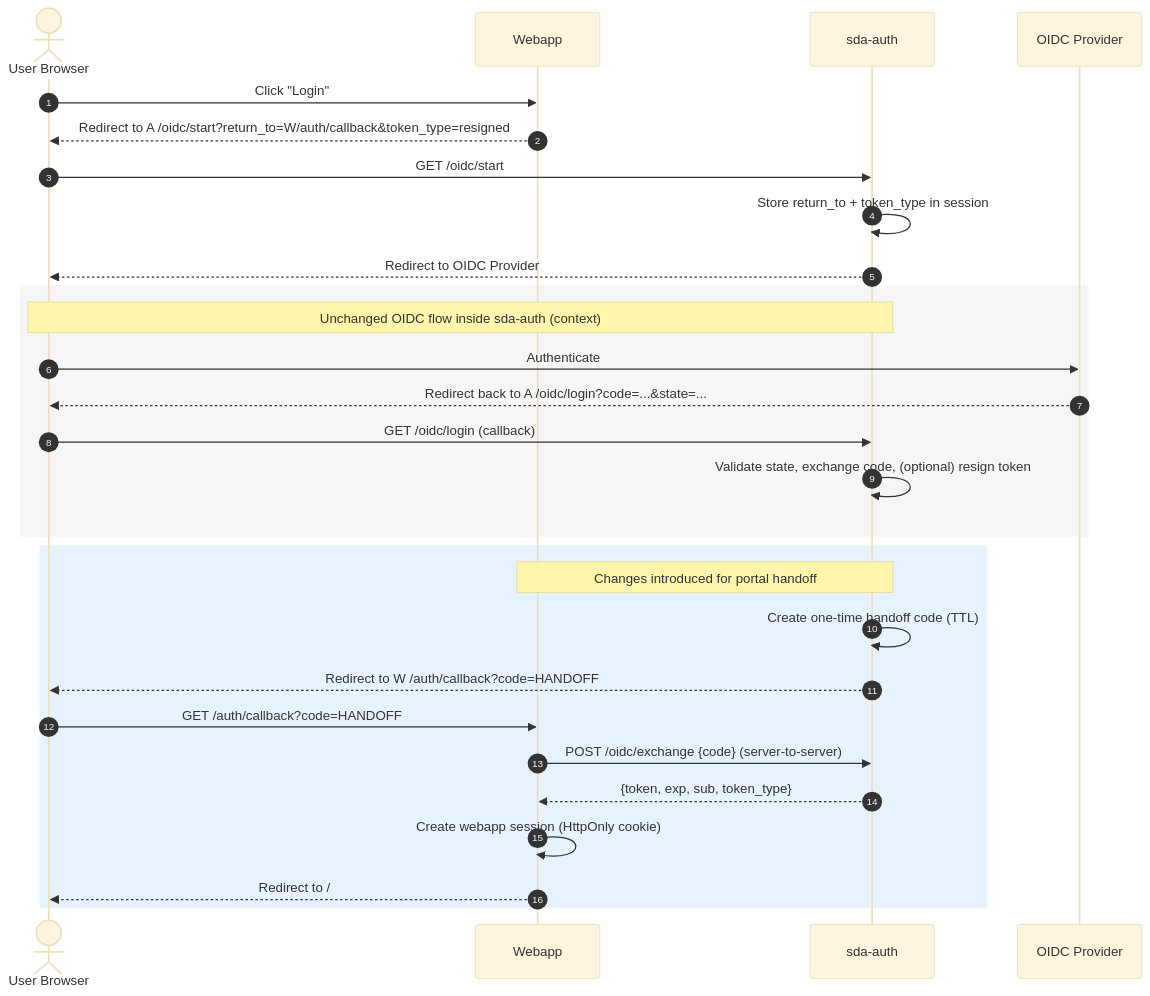
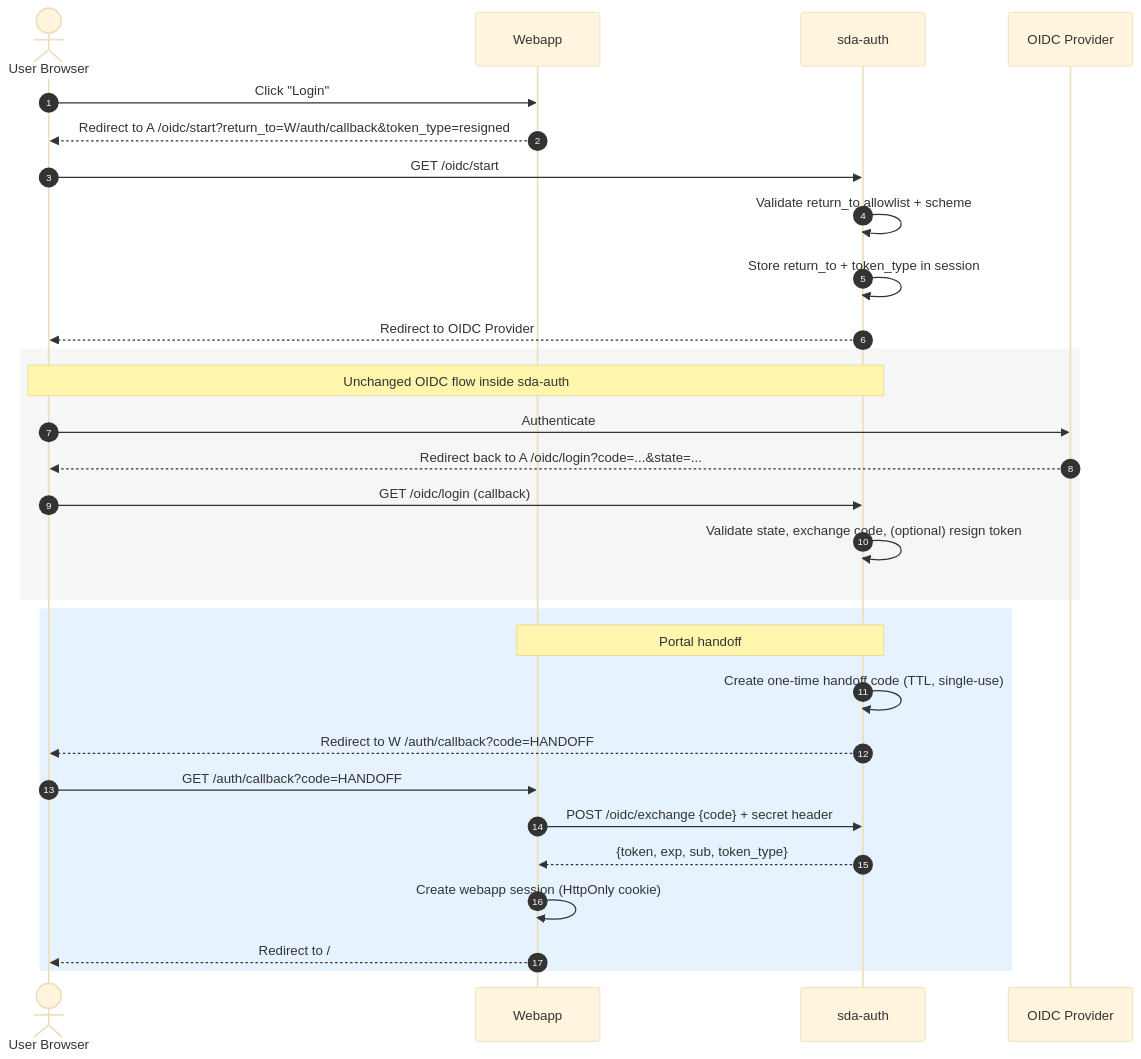
Before and after one commit to neicnordic/sensitive-data-archive: the diagram in sda/cmd/auth/auth2webapp.md, drawn with Mermaid (base theme). The commit also changed other lines of this file, not shown here.

First line of the commit message:
auth: update doc

````diff
--- a/sda/cmd/auth/auth2webapp.md
+++ b/sda/cmd/auth/auth2webapp.md
@@ -176,33 +184,34 @@
 ```mermaid
 sequenceDiagram
   autonumber
   actor U as User Browser
   participant W as Webapp
   participant A as sda-auth
   participant I as OIDC Provider
 
   U->>W: Click "Login"
   W-->>U: Redirect to A /oidc/start?return_to=W/auth/callback&token_type=resigned
   U->>A: GET /oidc/start
+  A->>A: Validate return_to allowlist + scheme
   A->>A: Store return_to + token_type in session
   A-->>U: Redirect to OIDC Provider
 
   rect rgba(180,180,180,0.12)
-    Note over U,A: Unchanged OIDC flow inside sda-auth (context)
+    Note over U,A: Unchanged OIDC flow inside sda-auth
     U->>I: Authenticate
     I-->>U: Redirect back to A /oidc/login?code=...&state=...
     U->>A: GET /oidc/login (callback)
     A->>A: Validate state, exchange code, (optional) resign token
   end
 
   rect rgba(60,150,255,0.12)
-    Note over A,W: Changes introduced for portal handoff
-    A->>A: Create one-time handoff code (TTL)
+    Note over A,W: Portal handoff
+    A->>A: Create one-time handoff code (TTL, single-use)
     A-->>U: Redirect to W /auth/callback?code=HANDOFF
     U->>W: GET /auth/callback?code=HANDOFF
-    W->>A: POST /oidc/exchange {code} (server-to-server)
+    W->>A: POST /oidc/exchange {code} + secret header
     A-->>W: {token, exp, sub, token_type}
     W->>W: Create webapp session (HttpOnly cookie)
     W-->>U: Redirect to /
   end
 ```
````
